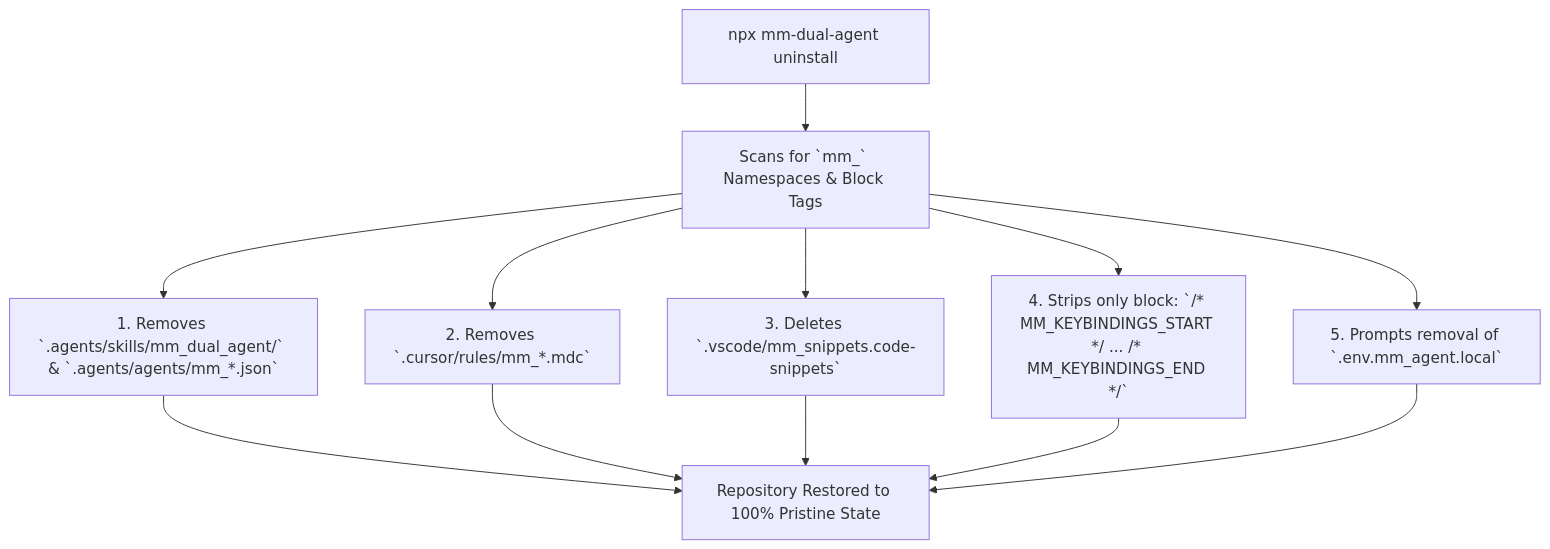
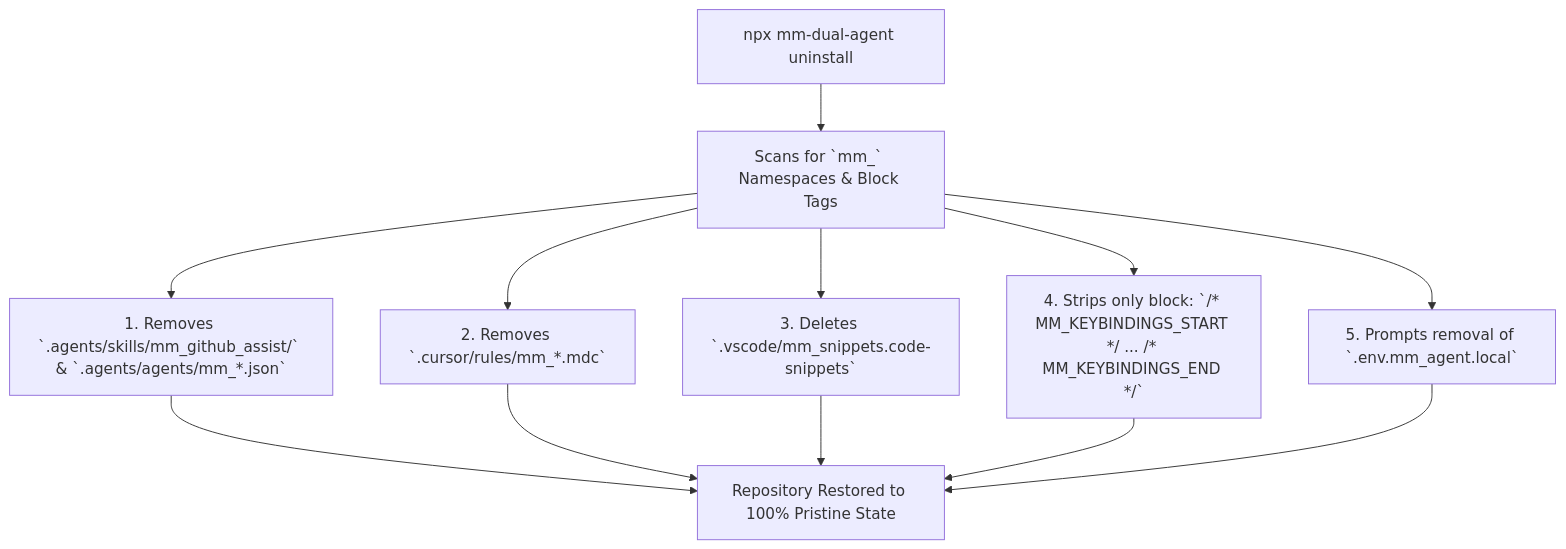
Before and after one commit to mustafamalik/mm_github_assist: the seventh of 8 diagrams in docs/dual_agent_workflow_specification.md, drawn with Mermaid. The commit also changed other lines of this file and 7 other files, not shown here.

````diff
--- a/docs/dual_agent_workflow_specification.md
+++ b/docs/dual_agent_workflow_specification.md
@@ -303,10 +306,10 @@
 ```mermaid
 flowchart TD
     UninstallCmd["npx mm-dual-agent uninstall"] --> Detection["Scans for `mm_` Namespaces & Block Tags"]
-    Detection --> FileClean["1. Removes `.agents/skills/mm_dual_agent/` & `.agents/agents/mm_*.json`"]
+    Detection --> FileClean["1. Removes `.agents/skills/mm_github_assist/` & `.agents/agents/mm_*.json`"]
     Detection --> CursorClean["2. Removes `.cursor/rules/mm_*.mdc`"]
     Detection --> SnippetClean["3. Deletes `.vscode/mm_snippets.code-snippets`"]
     Detection --> KeybindingClean["4. Strips only block: `/* MM_KEYBINDINGS_START */ ... /* MM_KEYBINDINGS_END */`"]
     Detection --> EnvClean["5. Prompts removal of `.env.mm_agent.local`"]
     FileClean & CursorClean & SnippetClean & KeybindingClean & EnvClean --> PristineState["Repository Restored to 100% Pristine State"]
 ```
````
